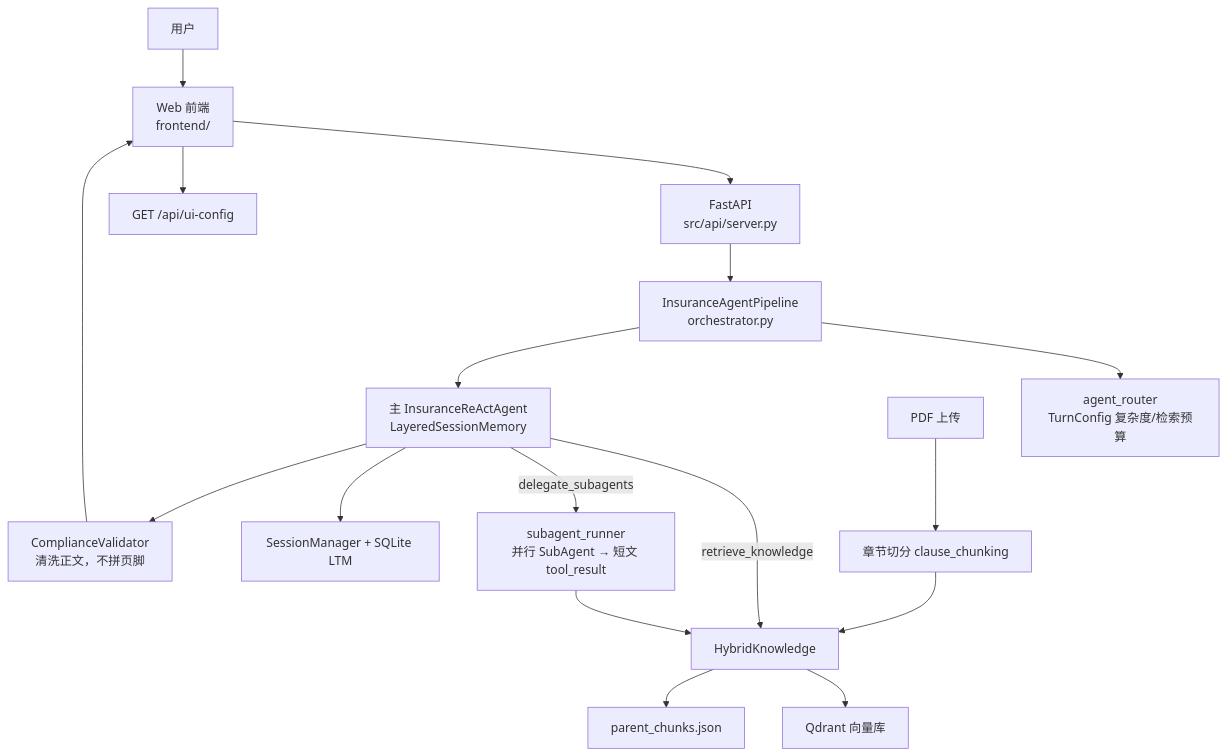
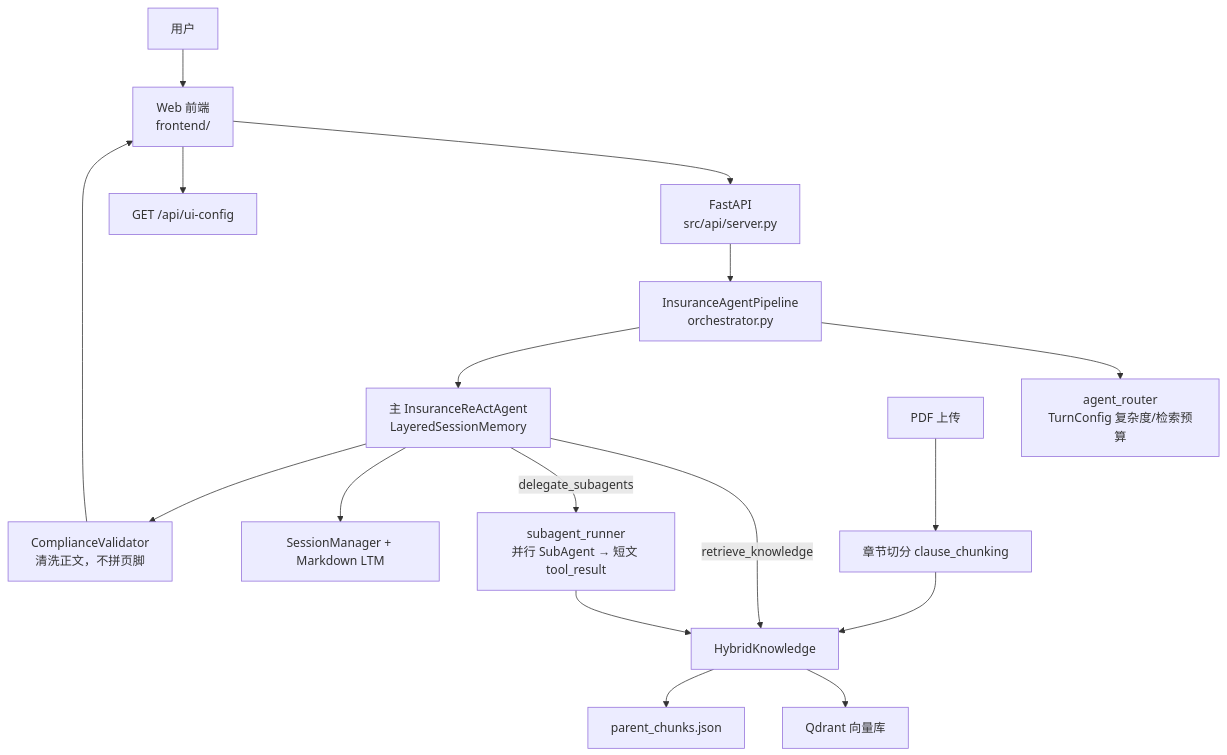
Before and after one commit to X14oMa/Loop_Insurance_Agent: the diagram in README.md, drawn with Mermaid. The commit also changed other lines of this file and 56 other files, not shown here.

First line of the commit message:
Migrate to Markdown LTM and add eval harness with project docs.

````diff
--- a/README.md
+++ b/README.md
@@ -14,20 +14,20 @@
 ```mermaid
 flowchart TB
     User["用户"] --> FE["Web 前端<br/>frontend/"]
     FE --> API["FastAPI<br/>src/api/server.py"]
     FE --> UiCfg["GET /api/ui-config"]
     API --> Pipe["InsuranceAgentPipeline<br/>orchestrator.py"]
 
     Pipe --> Turn["agent_router<br/>TurnConfig 复杂度/检索预算"]
     Pipe --> Main["主 InsuranceReActAgent<br/>LayeredSessionMemory"]
     Main -->|retrieve_knowledge| RAG["HybridKnowledge"]
     Main -->|delegate_subagents| Sub["subagent_runner<br/>并行 SubAgent → 短文 tool_result"]
     Sub --> RAG
-    Main --> Mem["SessionManager + SQLite LTM"]
+    Main --> Mem["SessionManager + Markdown LTM"]
     Main --> Hook["ComplianceValidator<br/>清洗正文，不拼页脚"]
     Hook --> FE
 
     RAG --> Qdrant["Qdrant 向量库"]
     RAG --> Parent["parent_chunks.json"]
     Upload["PDF 上传"] --> Parse["章节切分 clause_chunking"] --> RAG
 ```
````
